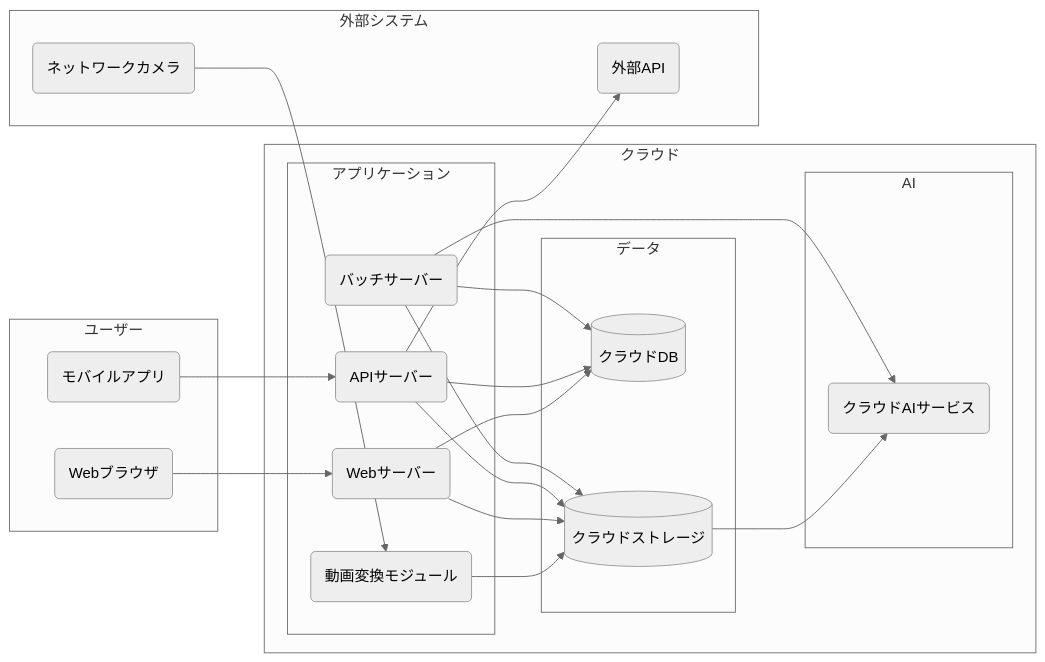
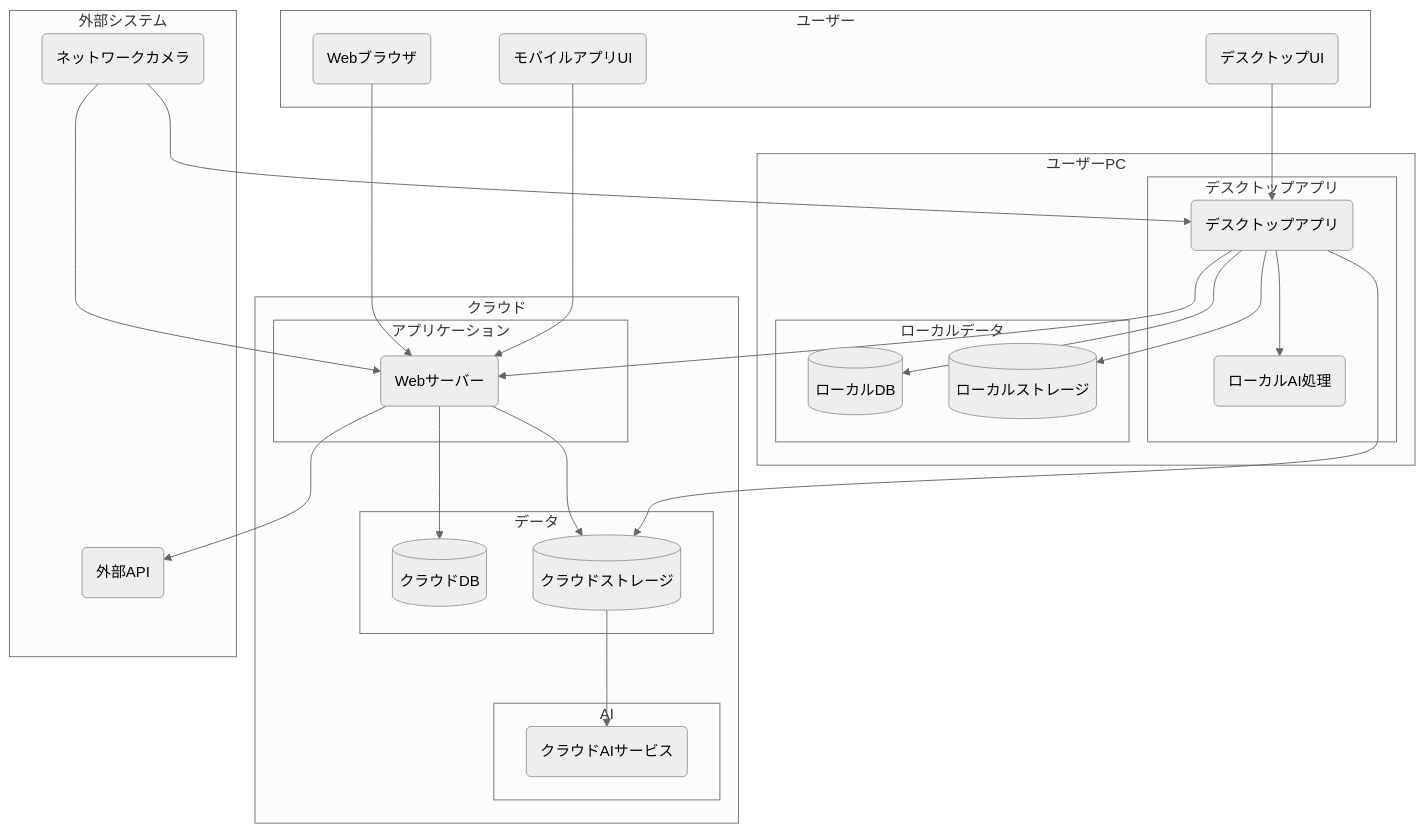
One commit to daichiTAAA/raspi5 changed the second of 2 diagrams in docs/0020_theme/0030_動画管理ソフト/0010_要件定義書/0010_動画管理ソフト.md. Above: the diagram before and after it, drawn with Mermaid (neutral theme). The commit also changed other lines of this file and 36 other files, not shown here.

````diff
--- a/docs/0020_theme/0030_動画管理ソフト/0010_要件定義書/0010_動画管理ソフト.md
+++ b/docs/0020_theme/0030_動画管理ソフト/0010_要件定義書/0010_動画管理ソフト.md
@@ -418,44 +374,55 @@
 ```mermaid
-graph LR
+graph TD
     subgraph ユーザー
+        DesktopUI(デスクトップUI)
         Browser(Webブラウザ)
-        MobileApp(モバイルアプリ)
+        MobileAppUI(モバイルアプリUI)
     end
     
     subgraph クラウド
         subgraph アプリケーション
             WebServer(Webサーバー)
-            APIServer(APIサーバー)
-            BatchServer(バッチサーバー)
-            VideoConverter(動画変換モジュール)
         end
         
         subgraph データ
             CloudDB[(クラウドDB)]
             CloudStorage[(クラウドストレージ)]
         end
         
         subgraph AI
             CloudAI(クラウドAIサービス)
         end
     end
     
+    subgraph ユーザーPC
+        subgraph デスクトップアプリ
+            DesktopApp(デスクトップアプリ)
+            LocalAI(ローカルAI処理)
+        end
+        
+        subgraph ローカルデータ  
+            LocalDB[(ローカルDB)]
+            LocalStorage[(ローカルストレージ)]
+        end
+    end
+    
     subgraph 外部システム
         Camera(ネットワークカメラ)
         ExternalAPI(外部API)
     end
     
+    Camera --> WebServer
     Browser --> WebServer
-    MobileApp --> APIServer
-    Camera --> VideoConverter
-    VideoConverter --> CloudStorage
+    MobileAppUI --> WebServer
+    DesktopApp --> WebServer
+    Camera --> DesktopApp
+    DesktopApp --> LocalStorage
     CloudStorage --> CloudAI
+    DesktopApp --> LocalAI
     WebServer --> CloudDB
     WebServer --> CloudStorage
-    APIServer --> CloudDB
-    APIServer --> CloudStorage
-    BatchServer --> CloudDB
-    BatchServer --> CloudStorage
-    BatchServer --> CloudAI
-    APIServer --> ExternalAPI
+    WebServer --> ExternalAPI
+    DesktopApp --> LocalDB
+    DesktopUI --> DesktopApp
+    DesktopApp --> CloudStorage
 ```
````
